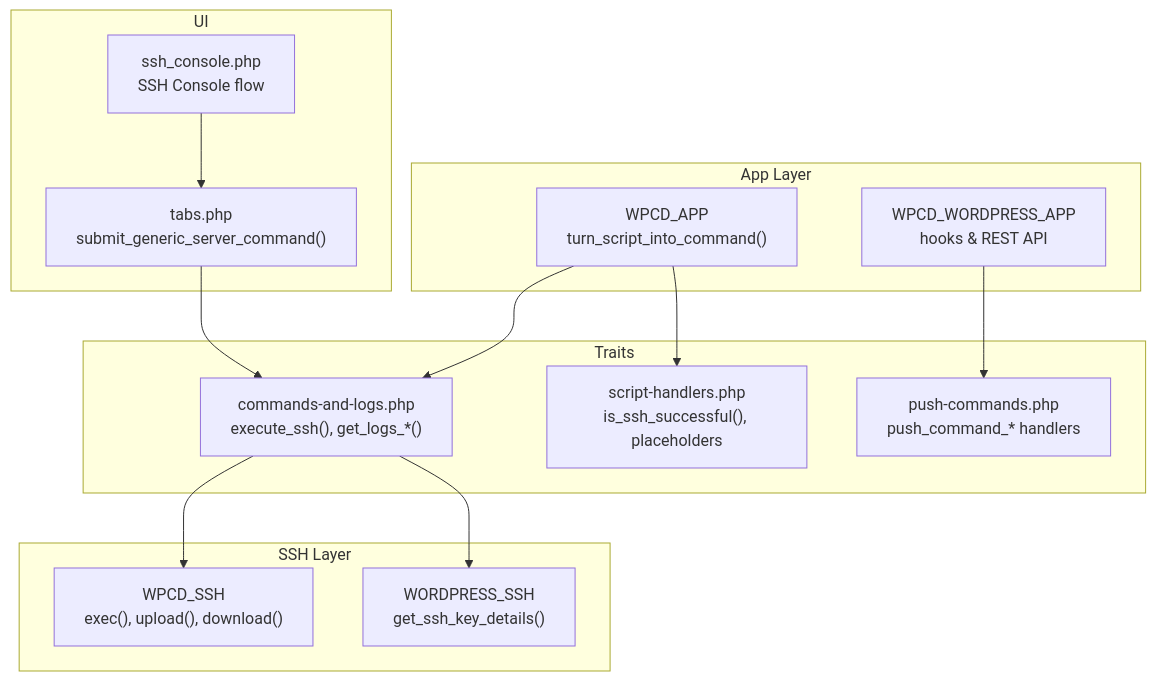
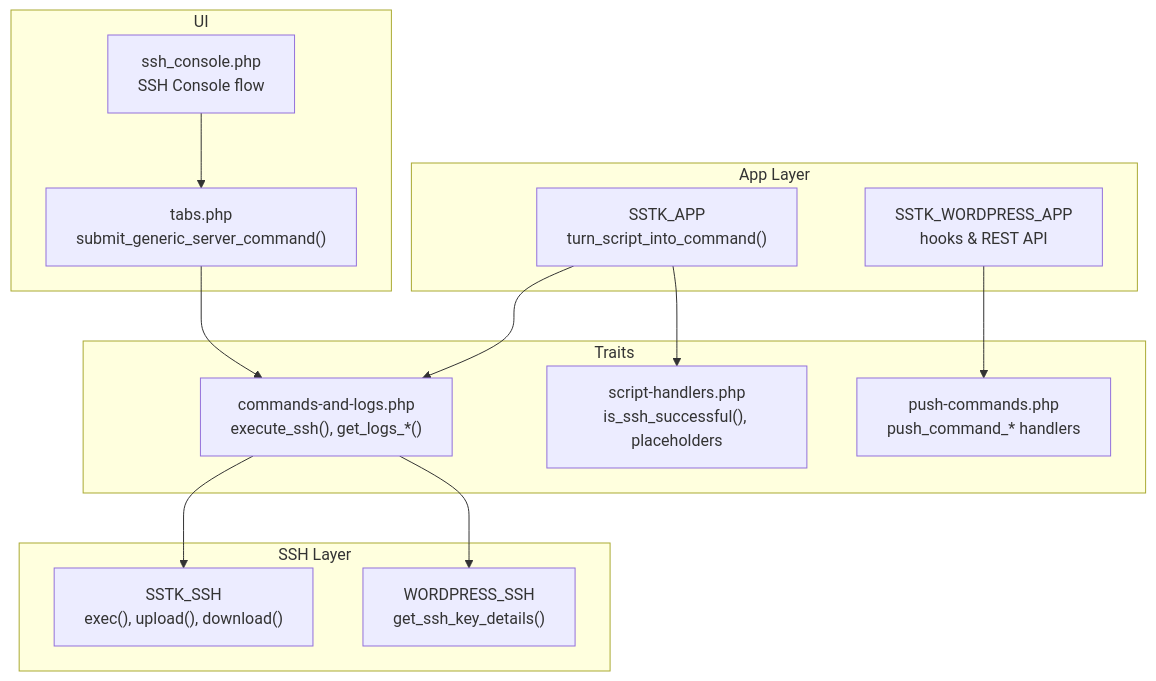
Before and after one commit to onedogsolutions/simple-stack: the first of 9 diagrams in .qoder/repowiki/en/content/WordPress Application Engine/Script Execution Engine.md, drawn with Mermaid. The commit also changed other lines of this file and 5941 other files, not shown here.

````diff
--- a/.qoder/repowiki/en/content/WordPress Application Engine/Script Execution Engine.md
+++ b/.qoder/repowiki/en/content/WordPress Application Engine/Script Execution Engine.md
@@ -44,27 +44,27 @@
 ```mermaid
 graph TB
 subgraph "App Layer"
-APP["WPCD_APP<br/>turn_script_into_command()"]
-WPAPP["WPCD_WORDPRESS_APP<br/>hooks & REST API"]
+APP["SSTK_APP<br/>turn_script_into_command()"]
+WPAPP["SSTK_WORDPRESS_APP<br/>hooks & REST API"]
 end
 subgraph "Traits"
 CMD["commands-and-logs.php<br/>execute_ssh(), get_logs_*()"]
 SH["script-handlers.php<br/>is_ssh_successful(), placeholders"]
 PUSH["push-commands.php<br/>push_command_* handlers"]
 end
 subgraph "SSH Layer"
-SSHBASE["WPCD_SSH<br/>exec(), upload(), download()"]
+SSHBASE["SSTK_SSH<br/>exec(), upload(), download()"]
 WPSSH["WORDPRESS_SSH<br/>get_ssh_key_details()"]
 end
 subgraph "UI"
 TABS["tabs.php<br/>submit_generic_server_command()"]
 CONSOLE["ssh_console.php<br/>SSH Console flow"]
 end
 APP --> CMD
 APP --> SH
 WPAPP --> PUSH
 CMD --> SSHBASE
 CMD --> WPSSH
 TABS --> CMD
 CONSOLE --> TABS
 ```
````
